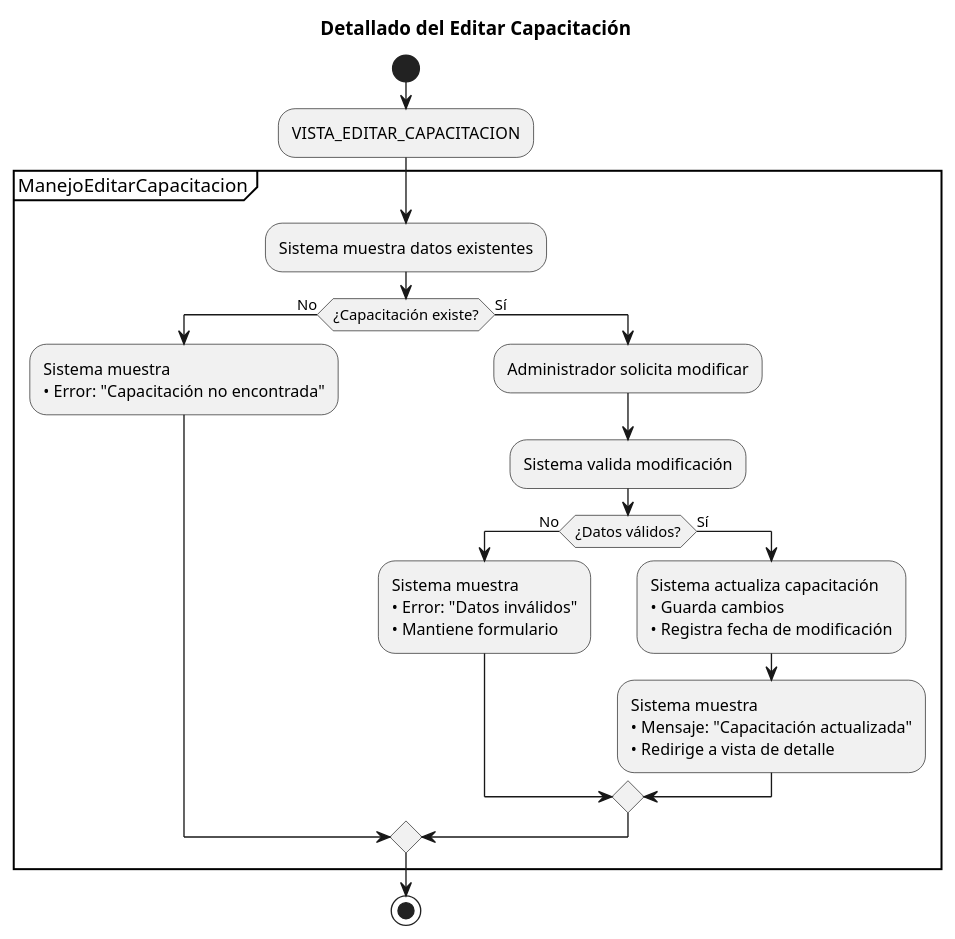
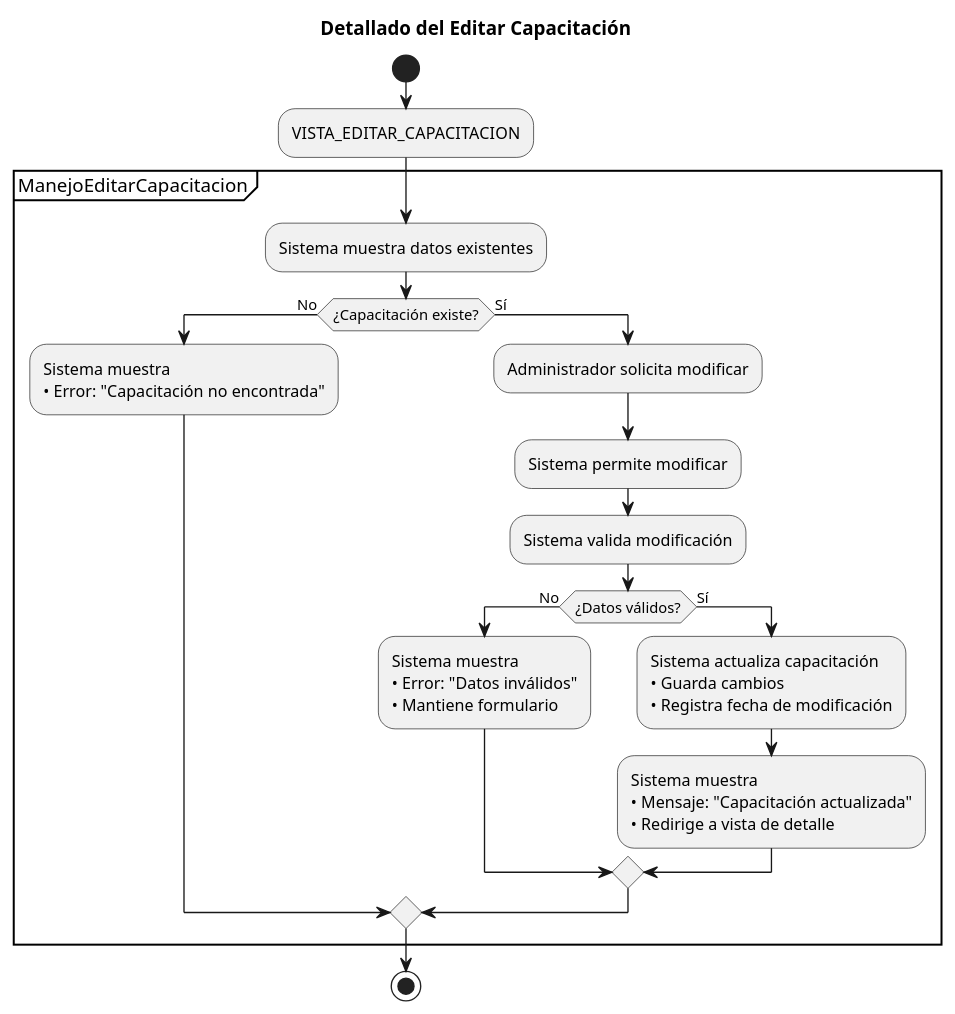
The diagram in casos_de_uso/diagramas_casos_de_uso_detallados/editar_capacitacion.puml (Dievex/24-25-IdSw1-SDR), drawn with PlantUML before and after one commit. The commit also changed 9 other files, not shown here.

Commit message:
docs(use-case-diagrams): add system permission steps to detailed use case diagrams

```diff
--- a/casos_de_uso/diagramas_casos_de_uso_detallados/editar_capacitacion.puml
+++ b/casos_de_uso/diagramas_casos_de_uso_detallados/editar_capacitacion.puml
@@ -1,42 +1,44 @@
 @startuml
 title Detallado del Editar Capacitación
 
 start
 
 :VISTA_EDITAR_CAPACITACION;
 
 partition ManejoEditarCapacitacion {
   
   :Sistema muestra datos existentes;
   
   if (¿Capacitación existe?) then (No)
     :Sistema muestra
     • Error: "Capacitación no encontrada";
     
   else (Sí)
     :Administrador solicita modificar;
+
+    :Sistema permite modificar;
     
     :Sistema valida modificación;
     
     if (¿Datos válidos?) then (No)
       :Sistema muestra
       • Error: "Datos inválidos"
       • Mantiene formulario;
       
     else (Sí)
       :Sistema actualiza capacitación
       • Guarda cambios
       • Registra fecha de modificación;
       
       :Sistema muestra
       • Mensaje: "Capacitación actualizada"
       • Redirige a vista de detalle;
       
     endif
     
   endif
   
 }
 
 stop
 @enduml
```
